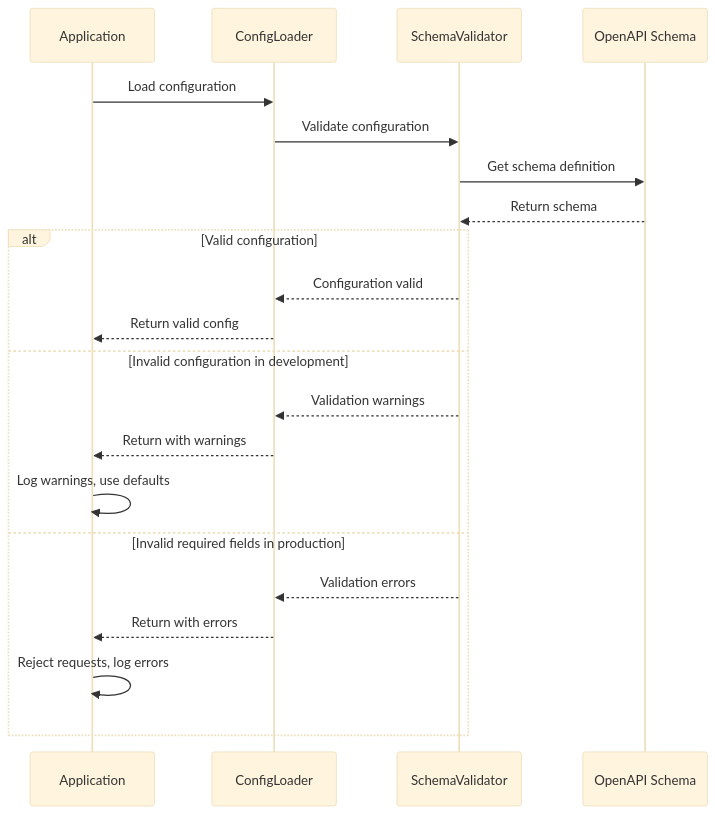
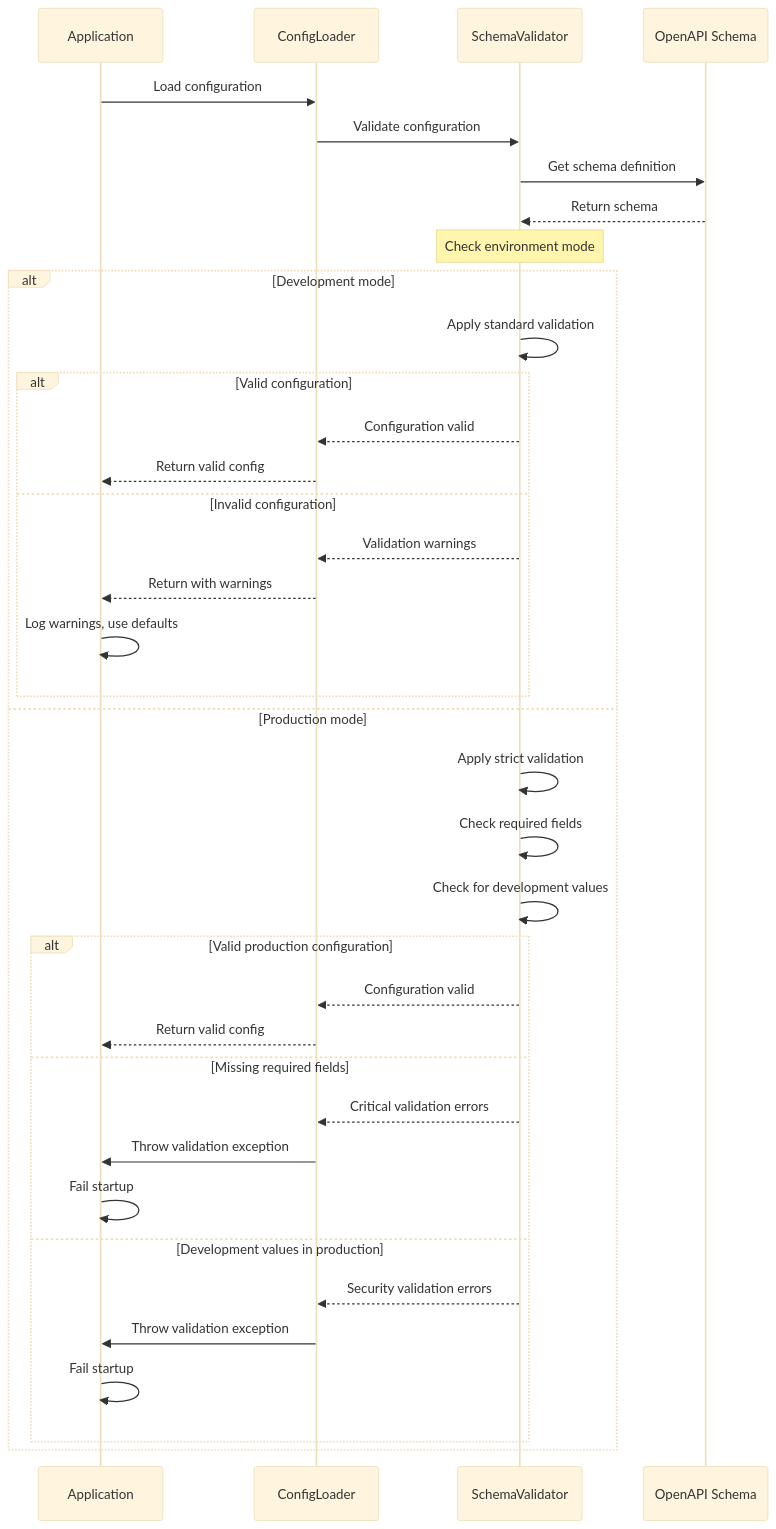
Before and after one commit to erfianugrah/api-gateway-workers: diagram 18 of 24 in docs/CONFIGURATION.md, drawn with Mermaid (base theme). The commit also changed other lines of this file and 11 other files, not shown here.

First line of the commit message:
Enhanced configuration system with improved validation, documentation, and example files

````diff
--- a/docs/CONFIGURATION.md
+++ b/docs/CONFIGURATION.md
@@ -621,25 +1012,44 @@
 ```mermaid
 sequenceDiagram
     participant App as Application
     participant Config as ConfigLoader
     participant Validator as SchemaValidator
     participant Schema as OpenAPI Schema
     
     App->>Config: Load configuration
     Config->>Validator: Validate configuration
     Validator->>Schema: Get schema definition
     Schema-->>Validator: Return schema
     
-    alt Valid configuration
-        Validator-->>Config: Configuration valid
-        Config-->>App: Return valid config
-    else Invalid configuration in development
-        Validator-->>Config: Validation warnings
-        Config-->>App: Return with warnings
-        App->>App: Log warnings, use defaults
-    else Invalid required fields in production
-        Validator-->>Config: Validation errors
-        Config-->>App: Return with errors
-        App->>App: Reject requests, log errors
+    Note over Validator: Check environment mode
+    
+    alt Development mode
+        Validator->>Validator: Apply standard validation
+        
+        alt Valid configuration
+            Validator-->>Config: Configuration valid
+            Config-->>App: Return valid config
+        else Invalid configuration
+            Validator-->>Config: Validation warnings
+            Config-->>App: Return with warnings
+            App->>App: Log warnings, use defaults
+        end
+    else Production mode
+        Validator->>Validator: Apply strict validation
+        Validator->>Validator: Check required fields
+        Validator->>Validator: Check for development values
+        
+        alt Valid production configuration
+            Validator-->>Config: Configuration valid
+            Config-->>App: Return valid config
+        else Missing required fields
+            Validator-->>Config: Critical validation errors
+            Config->>App: Throw validation exception
+            App->>App: Fail startup
+        else Development values in production
+            Validator-->>Config: Security validation errors
+            Config->>App: Throw validation exception
+            App->>App: Fail startup
+        end
     end
 ```
````
